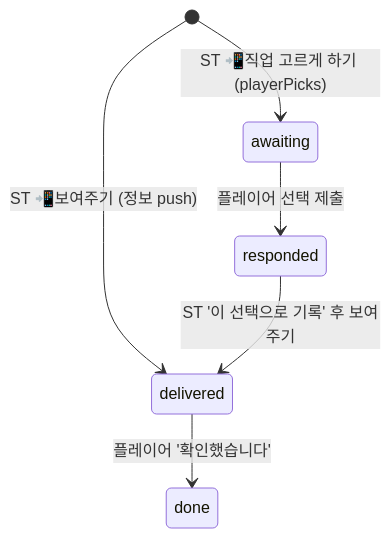
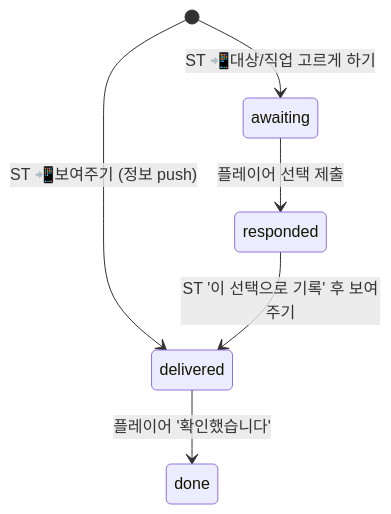
The second of 3 diagrams in docs/wiki/11-online-play.md (daseul22/botc-grimoire), drawn with Mermaid before and after one commit. The commit also changed other lines of this file and 3 other files, not shown here.

````diff
--- a/docs/wiki/11-online-play.md
+++ b/docs/wiki/11-online-play.md
@@ -173,8 +173,8 @@
 ```mermaid
 stateDiagram-v2
   [*] --> delivered: ST 📲보여주기 (정보 push)
-  [*] --> awaiting: ST 📲직업 고르게 하기 (playerPicks)
+  [*] --> awaiting: ST 📲대상/직업 고르게 하기
   awaiting --> responded: 플레이어 선택 제출
   responded --> delivered: ST '이 선택으로 기록' 후 보여주기
   delivered --> done: 플레이어 '확인했습니다'
 ```
````
